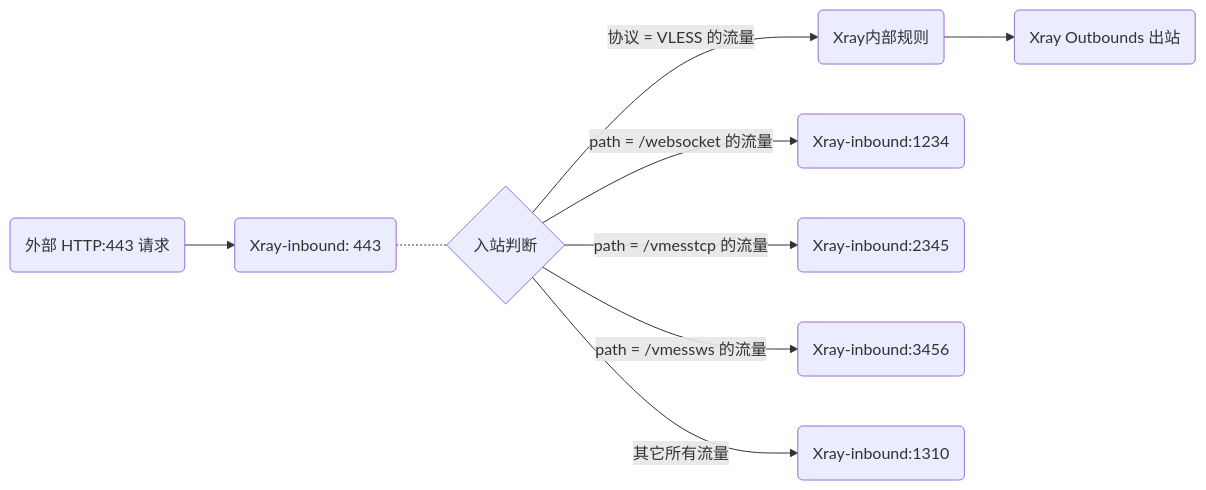
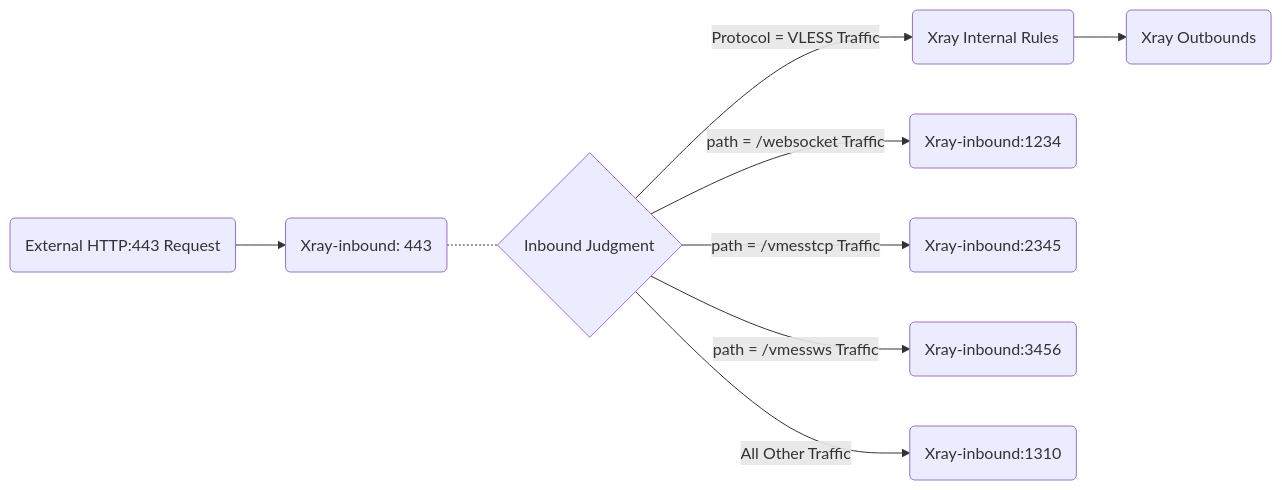
One commit to XTLS/Xray-docs-next changed the second of 3 diagrams in docs/en/document/level-1/fallbacks-lv1.md. Above: the diagram before and after it, drawn with Mermaid. The commit also changed other lines of this file and 90 other files, not shown here.

````diff
--- a/docs/en/document/level-1/fallbacks-lv1.md
+++ b/docs/en/document/level-1/fallbacks-lv1.md
@@ -210,13 +210,13 @@
-   ```mermaid
-   graph LR;
+    ```mermaid
+    graph LR;
 
-   W443(外部 HTTP:443 请求) --> X443(Xray-inbound: 443) .- X1{入站判断}
-   X1 --> |协议 = VLESS 的流量| X2(Xray内部规则)
-   X2 --> O(Xray Outbounds 出站)
+    W443(External HTTP:443 Request) --> X443(Xray-inbound: 443) .- X1{Inbound Judgment}
+    X1 --> |Protocol = VLESS Traffic| X2(Xray Internal Rules)
+    X2 --> O(Xray Outbounds)
 
-   X1 --> |path = /websocket 的流量| X1234(Xray-inbound:1234)
-   X1 --> |path = /vmesstcp 的流量| X2345(Xray-inbound:2345)
-   X1 --> |path = /vmessws 的流量| X3456(Xray-inbound:3456)
-   X1 --> |其它所有流量| X1310(Xray-inbound:1310)
+    X1 --> |path = /websocket Traffic| X1234(Xray-inbound:1234)
+    X1 --> |path = /vmesstcp Traffic| X2345(Xray-inbound:2345)
+    X1 --> |path = /vmessws Traffic| X3456(Xray-inbound:3456)
+    X1 --> |All Other Traffic| X1310(Xray-inbound:1310)
 
-   ```
+    ```
````
